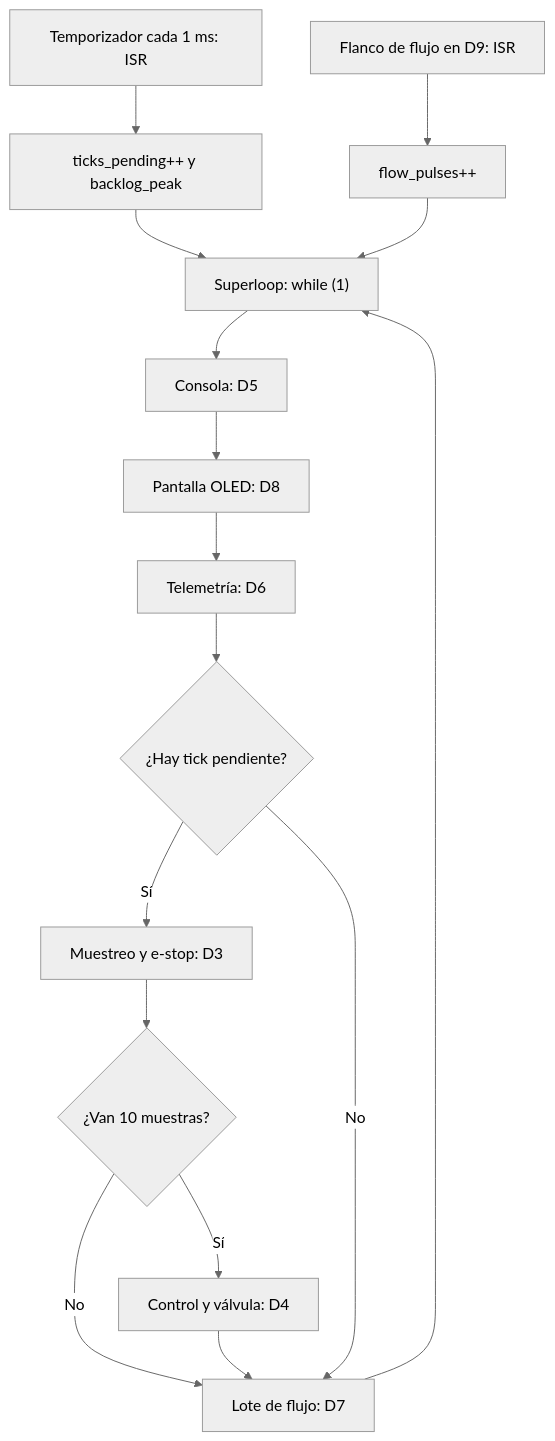
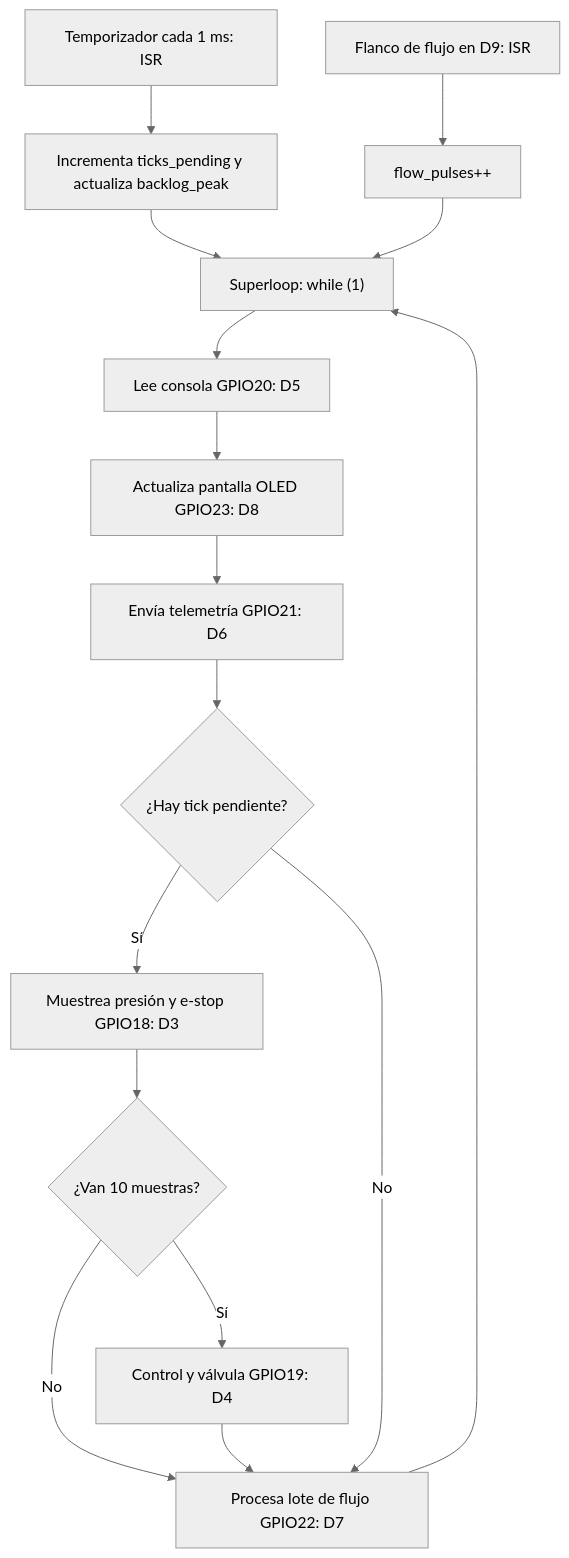
Before and after one commit to Mariana-zy/4101137-real-time-systems: the diagram in Reportes/Lab01.md, drawn with Mermaid (neutral theme).

Commit message:
Update flowchart in Lab01.md with GPIO details

````diff
--- a/Reportes/Lab01.md
+++ b/Reportes/Lab01.md
@@ -26,20 +26,20 @@
 ```mermaid
 flowchart TD
-    T["Temporizador cada 1 ms: ISR"] --> P["ticks_pending++ y backlog_peak"]
+    T["Temporizador cada 1 ms: ISR"] --> P["Incrementa ticks_pending y actualiza backlog_peak"]
     F["Flanco de flujo en D9: ISR"] --> Q["flow_pulses++"]
     P --> L["Superloop: while (1)"]
     Q --> L
 
-    L --> C["Consola: D5"]
-    C --> H["Pantalla OLED: D8"]
-    H --> E["Telemetría: D6"]
+    L --> C["Lee consola GPIO20: D5"]
+    C --> H["Actualiza pantalla OLED GPIO23: D8"]
+    H --> E["Envía telemetría GPIO21: D6"]
     E --> D{"¿Hay tick pendiente?"}
 
-    D -- Sí --> S["Muestreo y e-stop: D3"]
+    D -- Sí --> S["Muestrea presión y e-stop GPIO18: D3"]
     S --> K{"¿Van 10 muestras?"}
-    K -- Sí --> R["Control y válvula: D4"]
-    K -- No --> B["Lote de flujo: D7"]
+    K -- Sí --> R["Control y válvula GPIO19: D4"]
+    K -- No --> B["Procesa lote de flujo GPIO22: D7"]
     R --> B
     D -- No --> B
     B --> L
 ```
````
